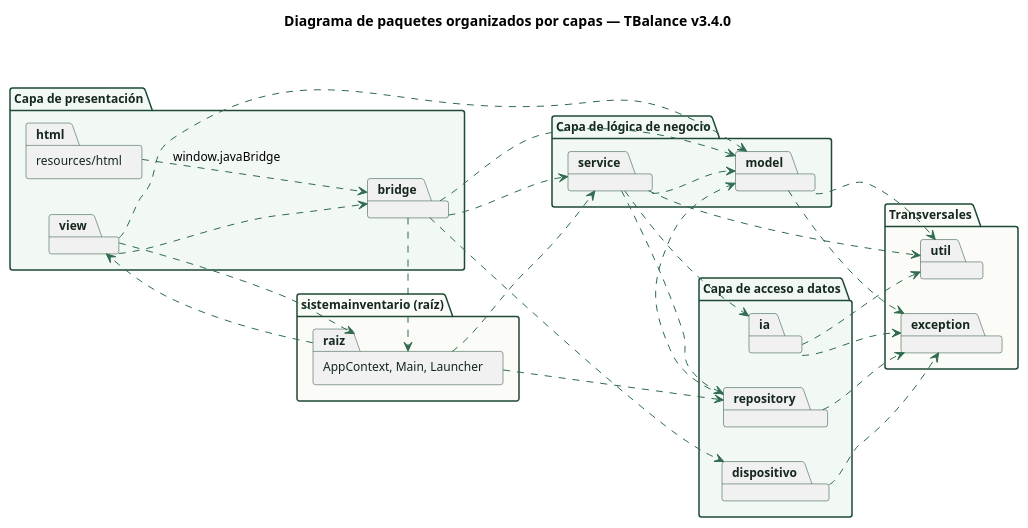
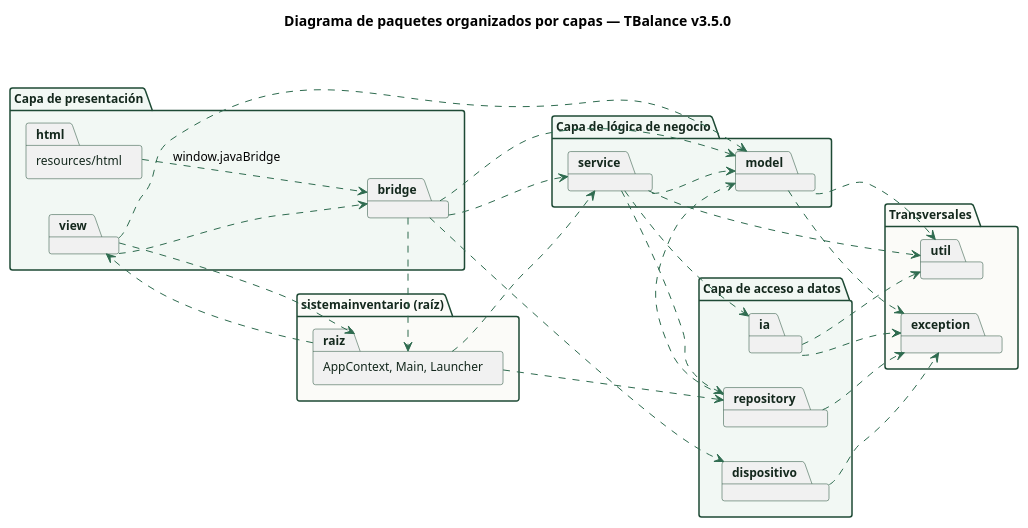
The diagram in docs/diagramas/paquetes.puml (erickf-dev/TBalance), drawn with PlantUML before and after one commit. The commit also changed 24 other files, not shown here.

First line of the commit message:
docs: phases 1 to 4, diagrams and README for v3.5.0

```diff
--- a/docs/diagramas/paquetes.puml
+++ b/docs/diagramas/paquetes.puml
@@ -1,71 +1,71 @@
 @startuml
 skinparam shadowing false
 skinparam defaultFontName Helvetica
 skinparam defaultFontSize 12
 skinparam classAttributeIconSize 0
 skinparam packageStyle rectangle
 skinparam ArrowColor #2e6b4f
 skinparam class {
   BackgroundColor #f5faf6
   BorderColor #1e4a35
   HeaderBackgroundColor #e2efe6
 }
 skinparam package {
   BorderColor #1e4a35
   FontColor #14281d
 }
 skinparam note {
   BackgroundColor #fdf8ea
   BorderColor #d4a72c
 }
 hide empty members
 
-title Diagrama de paquetes organizados por capas — TBalance v3.4.0
+title Diagrama de paquetes organizados por capas — TBalance v3.5.0
 
 left to right direction
 skinparam packageStyle folder
 package "Capa de presentación" as P #f2f8f4 {
   package "resources/html" as html
   package view
   package bridge
 }
 package "Capa de lógica de negocio" as N #f2f8f4 {
   package service
   package model
 }
 package "Capa de acceso a datos" as D #f2f8f4 {
   package repository
   package ia
   package dispositivo
 }
 package "Transversales" as T #fbfbf8 {
   package util
   package exception
 }
 package "sistemainventario (raíz)" as R #fbfbf8 {
   package "AppContext, Main, Launcher" as raiz
 }
 html ..> bridge : window.javaBridge
 view ..> bridge
 view ..> model
 bridge ..> service
 bridge ..> model
 bridge ..> dispositivo
 bridge ..> raiz
 service ..> repository
 service ..> ia
 service ..> model
 repository ..> model
 raiz ..> service
 raiz ..> repository
 raiz ..> view
 model ..> util
 model ..> exception
 service ..> util
 repository ..> exception
 dispositivo ..> exception
 ia ..> exception
 ia ..> util
 view ..> raiz
 
 @enduml
```
